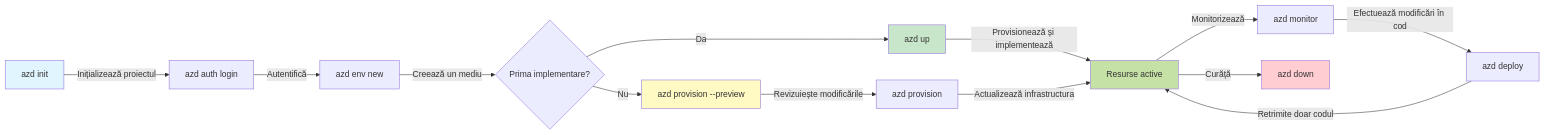
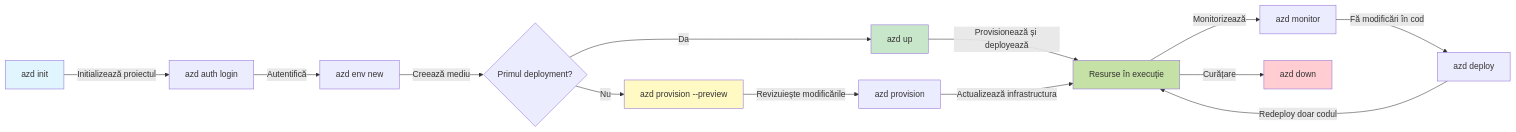
Before and after one commit to microsoft/AZD-for-beginners: the first of 2 diagrams in translations/ro/docs/chapter-01-foundation/azd-basics.md, drawn with Mermaid. The commit also changed other lines of this file and 101 other files, not shown here.

````diff
--- a/translations/ro/docs/chapter-01-foundation/azd-basics.md
+++ b/translations/ro/docs/chapter-01-foundation/azd-basics.md
@@ -254,21 +269,21 @@
 ```mermaid
 graph LR
-    A[azd init] -->|Inițializează proiectul| B[azd auth login]
+    A[azd init] -->|Initializează proiectul| B[azd auth login]
     B -->|Autentifică| C[azd env new]
-    C -->|Creează un mediu| D{Prima implementare?}
+    C -->|Creează mediu| D{Primul deployment?}
     D -->|Da| E[azd up]
     D -->|Nu| F[azd provision --preview]
     F -->|Revizuiește modificările| G[azd provision]
-    E -->|Provisionează și implementează| H[Resurse active]
+    E -->|Provisionează și deployează| H[Resurse în execuție]
     G -->|Actualizează infrastructura| H
     H -->|Monitorizează| I[azd monitor]
-    I -->|Efectuează modificări în cod| J[azd deploy]
-    J -->|Retrimite doar codul| H
-    H -->|Curăță| K[azd down]
+    I -->|Fă modificări în cod| J[azd deploy]
+    J -->|Redeploy doar codul| H
+    H -->|Curățare| K[azd down]
     
     style A fill:#e1f5fe
     style E fill:#c8e6c9
     style F fill:#fff9c4
     style H fill:#c5e1a5
     style K fill:#ffcdd2
 ```
````
